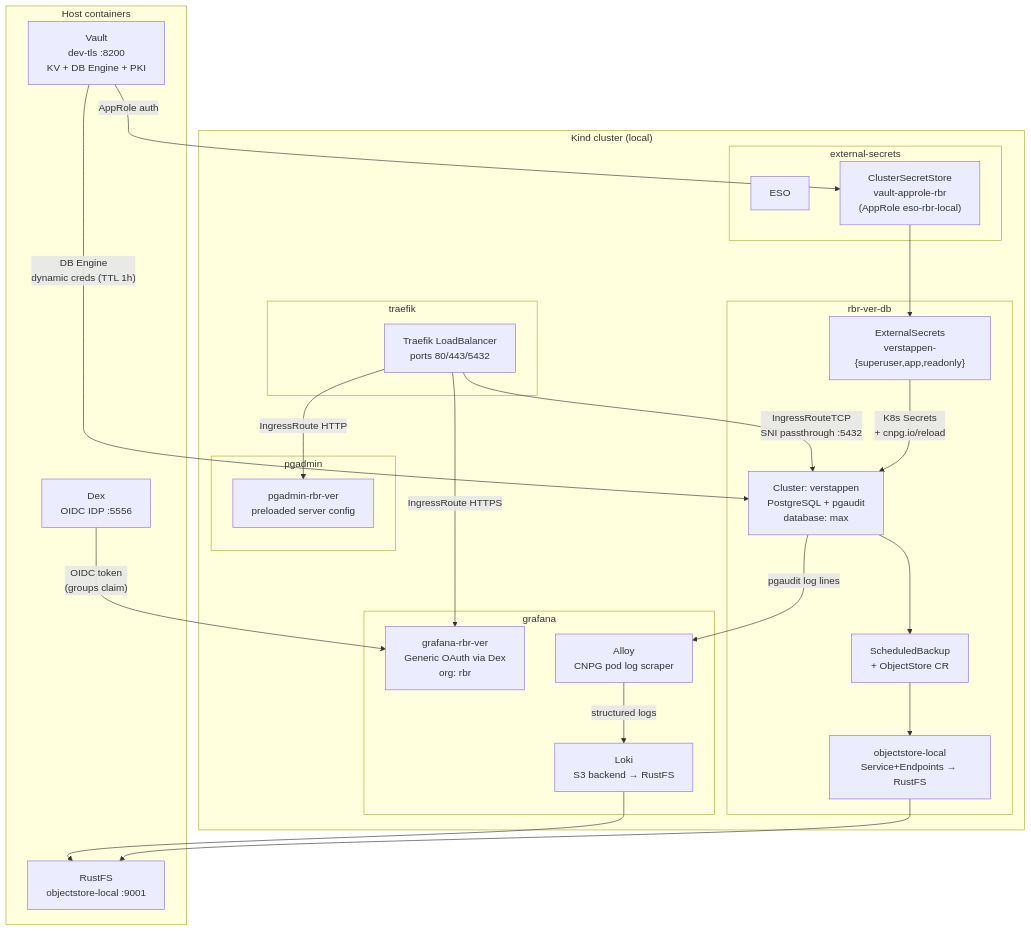
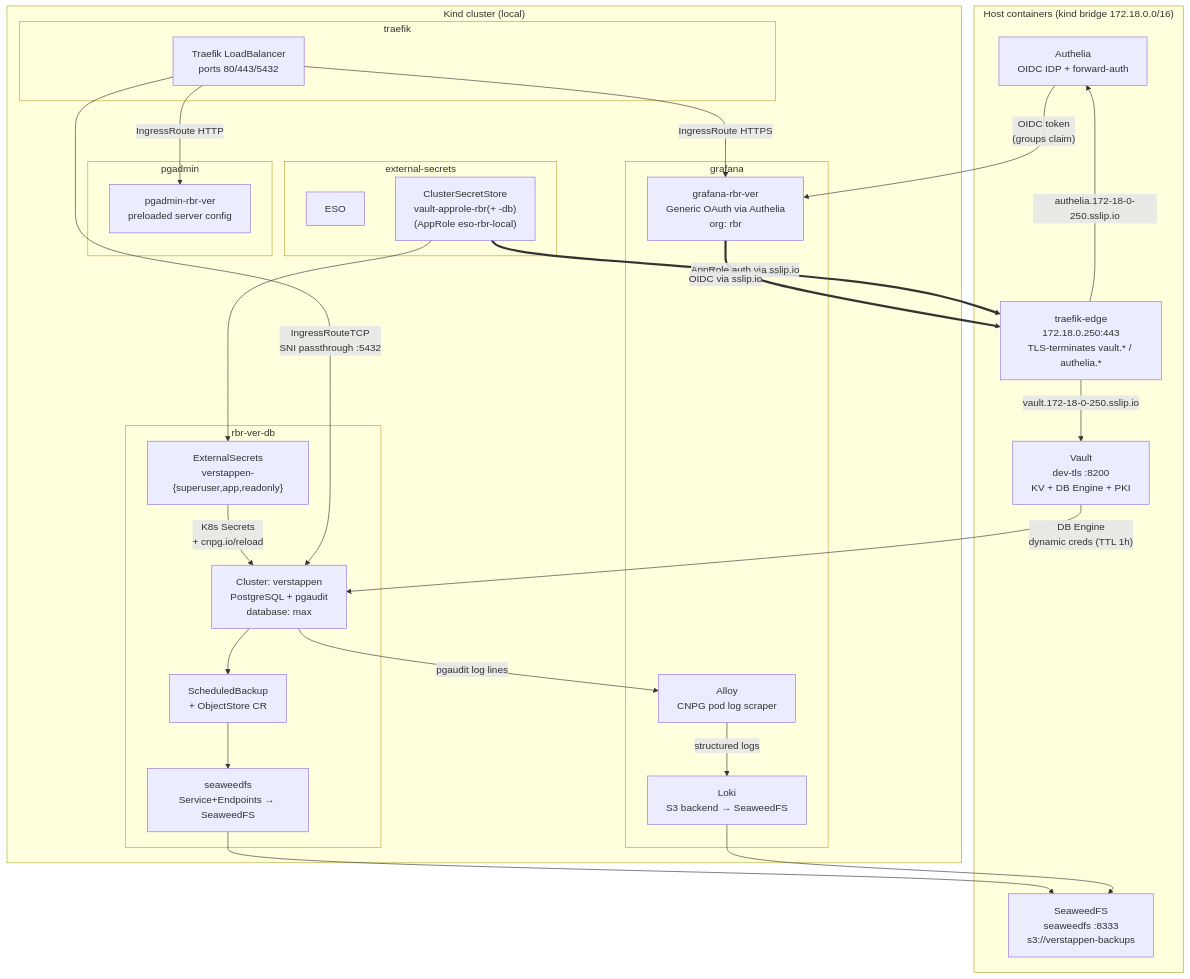
One commit to rmlandvreugd/cnpg-playground changed the diagram in docs/self-service-demo.md. Above: the diagram before and after it, drawn with Mermaid. The commit also changed other lines of this file and 2 other files, not shown here.

Commit message:
docs: align demo docs + arch overview with current setup (vault/traefik-edge/authelia)
- architecture-overview.md: add §3.5 (self-service demo, matching §3.1-3.4 style)
  and an ESO-Vault overlay subsection under §6 (Current Cluster State).
- self-service-demo.md: Dex -> Authelia throughout; show Vault/Authelia reached
  via traefik-edge (no in-cluster Service); RustFS -> SeaweedFS for verstappen
  objectstore/backups and Loki S3 backend.
- eso-vault-demo.md: route vault-approle CSS and vault-pki ClusterIssuer through
  traefik-edge; separate Vault control plane (edge) from Postgres data plane
  (in-cluster Traefik).

````diff
--- a/docs/self-service-demo.md
+++ b/docs/self-service-demo.md
@@ -7,51 +9,55 @@
 ```mermaid
 graph TB
-    subgraph host["Host containers"]
+    subgraph host["Host containers (kind bridge 172.18.0.0/16)"]
         Vault["Vault\ndev-tls :8200\nKV + DB Engine + PKI"]
-        Dex["Dex\nOIDC IDP :5556"]
-        RustFS["RustFS\nobjectstore-local :9001"]
+        Authelia["Authelia\nOIDC IDP + forward-auth"]
+        Edge["traefik-edge\n172.18.0.250:443\nTLS-terminates vault.* / authelia.*"]
+        Seaweed["SeaweedFS\nseaweedfs :8333\ns3://verstappen-backups"]
     end
 
     subgraph k8s["Kind cluster (local)"]
         subgraph traefik-ns["traefik"]
             LB["Traefik LoadBalancer\nports 80/443/5432"]
         end
 
         subgraph eso-ns["external-secrets"]
             ESO["ESO"]
-            CSS["ClusterSecretStore\nvault-approle-rbr\n(AppRole eso-rbr-local)"]
+            CSS["ClusterSecretStore\nvault-approle-rbr(+ -db)\n(AppRole eso-rbr-local)"]
         end
 
         subgraph rbr_ver_db["rbr-ver-db"]
             ES["ExternalSecrets\nverstappen-{superuser,app,readonly}"]
             CNPG["Cluster: verstappen\nPostgreSQL + pgaudit\ndatabase: max"]
-            ObjStore["objectstore-local\nService+Endpoints → RustFS"]
+            ObjStore["seaweedfs\nService+Endpoints → SeaweedFS"]
             Backup["ScheduledBackup\n+ ObjectStore CR"]
         end
 
         subgraph pgadmin_ns["pgadmin"]
             PgAdmin["pgadmin-rbr-ver\npreloaded server config"]
         end
 
         subgraph grafana_ns["grafana"]
-            GrafanaRBR["grafana-rbr-ver\nGeneric OAuth via Dex\norg: rbr"]
-            Loki["Loki\nS3 backend → RustFS"]
+            GrafanaRBR["grafana-rbr-ver\nGeneric OAuth via Authelia\norg: rbr"]
+            Loki["Loki\nS3 backend → SeaweedFS"]
             Alloy["Alloy\nCNPG pod log scraper"]
         end
     end
 
-    Vault -->|"AppRole auth"| CSS
+    CSS ==>|"AppRole auth via sslip.io"| Edge
+    Edge -->|"vault.172-18-0-250.sslip.io"| Vault
+    Edge -->|"authelia.172-18-0-250.sslip.io"| Authelia
     CSS --> ES
     ES -->|"K8s Secrets\n+ cnpg.io/reload"| CNPG
     Vault -->|"DB Engine\ndynamic creds (TTL 1h)"| CNPG
     LB -->|"IngressRouteTCP\nSNI passthrough :5432"| CNPG
     LB -->|"IngressRoute HTTP"| PgAdmin
     LB -->|"IngressRoute HTTPS"| GrafanaRBR
-    Dex -->|"OIDC token\n(groups claim)"| GrafanaRBR
+    GrafanaRBR ==>|"OIDC via sslip.io"| Edge
+    Authelia -->|"OIDC token\n(groups claim)"| GrafanaRBR
     CNPG -->|"pgaudit log lines"| Alloy
     Alloy -->|"structured logs"| Loki
     CNPG --> Backup
     Backup --> ObjStore
-    ObjStore --> RustFS
-    Loki --> RustFS
+    ObjStore --> Seaweed
+    Loki --> Seaweed
 ```
````
